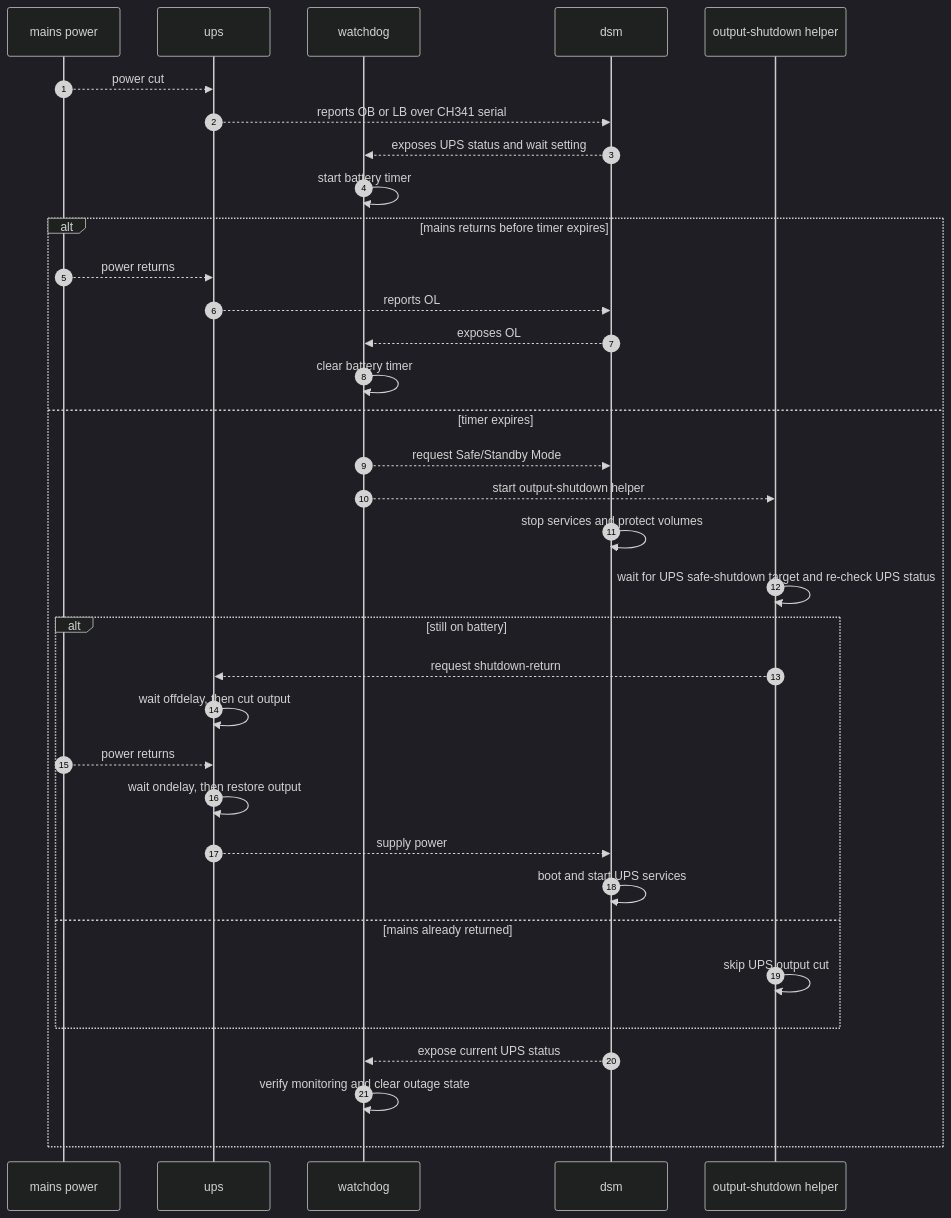
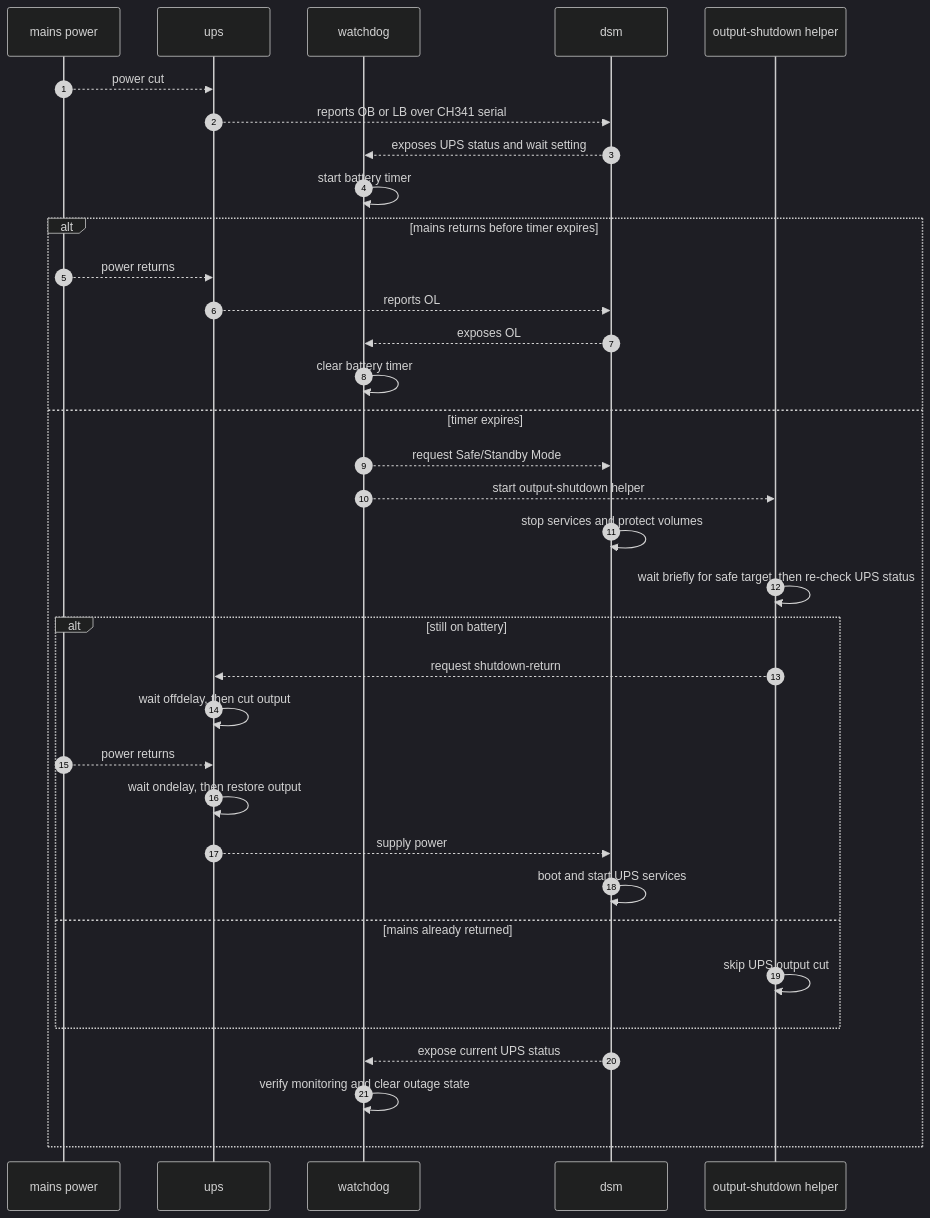
The first of 2 diagrams in README.md (papa-vova/synology-nut-ch341-ups), drawn with Mermaid (dark theme) before and after one commit. The commit also changed other lines of this file and 4 other files, not shown here.

Commit message:
Cut UPS output after DSM safe mode starts

````diff
--- a/README.md
+++ b/README.md
@@ -54,37 +54,37 @@
 ```mermaid
 sequenceDiagram
   autonumber
   participant M as mains power
   participant U as ups
   participant W as watchdog
   participant D as dsm
   participant O as output-shutdown helper
 
   M-->>U: power cut
   U-->>D: reports OB or LB over CH341 serial
   D-->>W: exposes UPS status and wait setting
   W->>W: start battery timer
   alt mains returns before timer expires
     M-->>U: power returns
     U-->>D: reports OL
     D-->>W: exposes OL
     W->>W: clear battery timer
   else timer expires
     W-->>D: request Safe/Standby Mode
     W-->>O: start output-shutdown helper
     D->>D: stop services and protect volumes
-    O->>O: wait for UPS safe-shutdown target and re-check UPS status
+    O->>O: wait briefly for safe target, then re-check UPS status
     alt still on battery
       O-->>U: request shutdown-return
       U->>U: wait offdelay, then cut output
       M-->>U: power returns
       U->>U: wait ondelay, then restore output
       U-->>D: supply power
       D->>D: boot and start UPS services
     else mains already returned
       O->>O: skip UPS output cut
     end
     D-->>W: expose current UPS status
     W->>W: verify monitoring and clear outage state
   end
 ```
````
